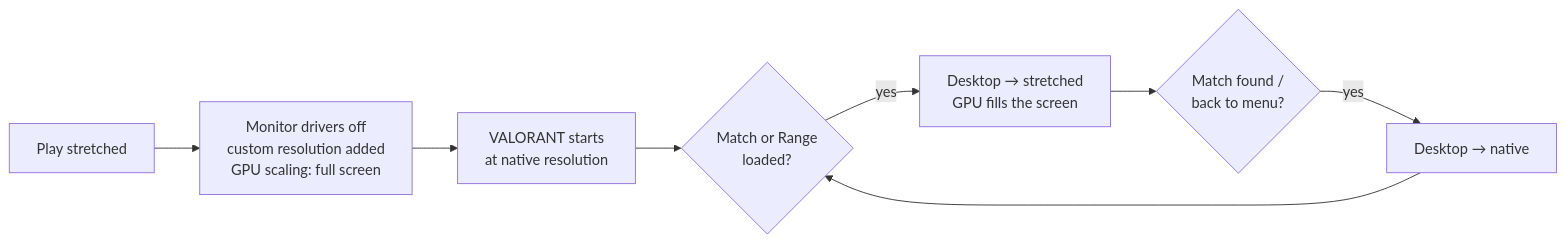
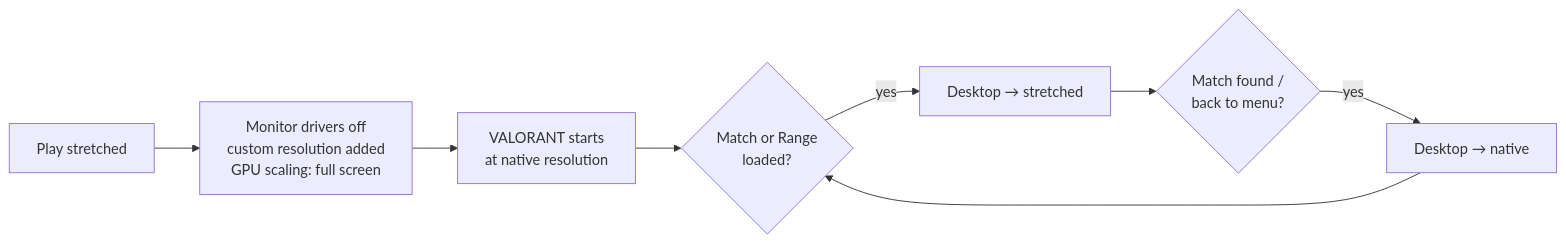
One commit to candyqueenjr/TrueStretch changed the diagram in README.md. Above: the diagram before and after it, drawn with Mermaid. The commit also changed other lines of this file and 20 other files, not shown here.

````diff
--- a/README.md
+++ b/README.md
@@ -62,10 +67,10 @@
 ```mermaid
 flowchart LR
     A[Play stretched] --> B[Monitor drivers off<br/>custom resolution added<br/>GPU scaling: full screen]
     B --> C[VALORANT starts<br/>at native resolution]
     C --> D{Match or Range<br/>loaded?}
-    D -- yes --> E[Desktop → stretched<br/>GPU fills the screen]
+    D -- yes --> E[Desktop → stretched]
     E --> F{Match found /<br/>back to menu?}
     F -- yes --> G[Desktop → native]
     G --> D
 ```
````
